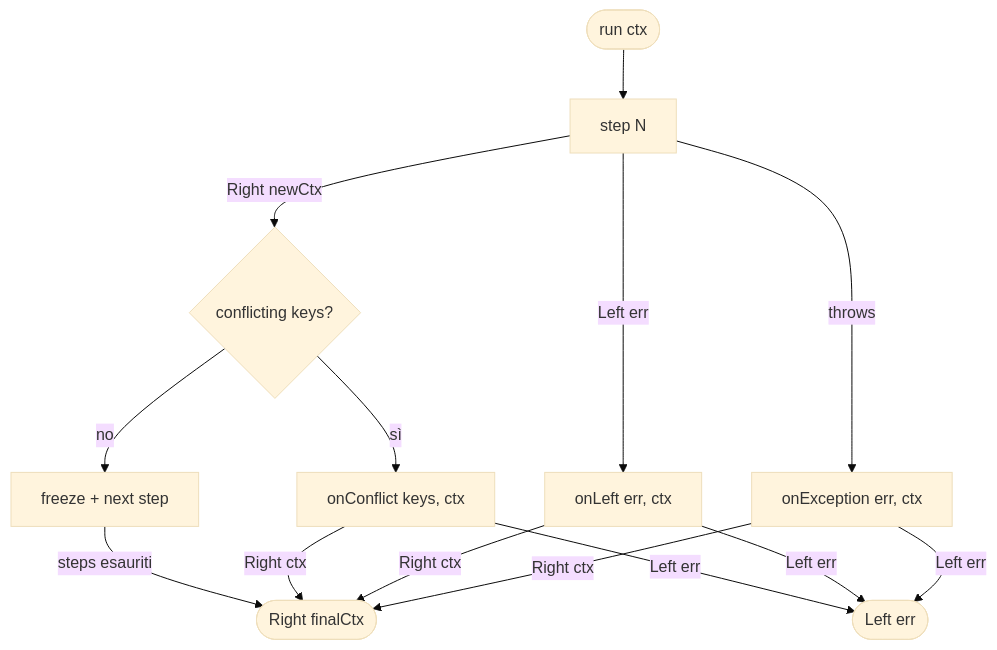
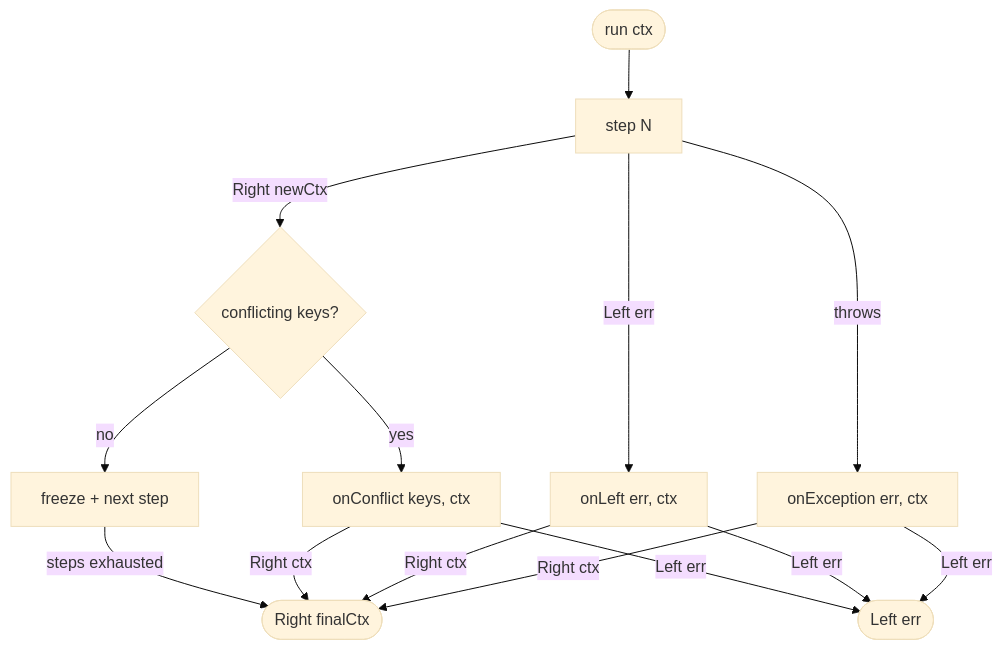
The diagram in architecture/ADR-001-pipeline-design.md (ngwes/groucho-fp), drawn with Mermaid (base theme) before and after one commit. The commit also changed other lines of this file and 1 other file, not shown here.

````diff
--- a/architecture/ADR-001-pipeline-design.md
+++ b/architecture/ADR-001-pipeline-design.md
@@ -52,18 +52,18 @@
 ```mermaid
 flowchart TD
     A([run ctx]) --> B[step N]
     B -->|Right newCtx| C{conflicting keys?}
     C -->|no| D[freeze + next step]
-    C -->|sì| E[onConflict keys, ctx]
-    D -->|steps esauriti| F([Right finalCtx])
+    C -->|yes| E[onConflict keys, ctx]
+    D -->|steps exhausted| F([Right finalCtx])
 
     B -->|Left err| G[onLeft err, ctx]
     B -->|throws| H[onException err, ctx]
 
     E -->|Right ctx| F
     E -->|Left err| I([Left err])
     G -->|Right ctx| F
     G -->|Left err| I
     H -->|Right ctx| F
     H -->|Left err| I
 ```
````
